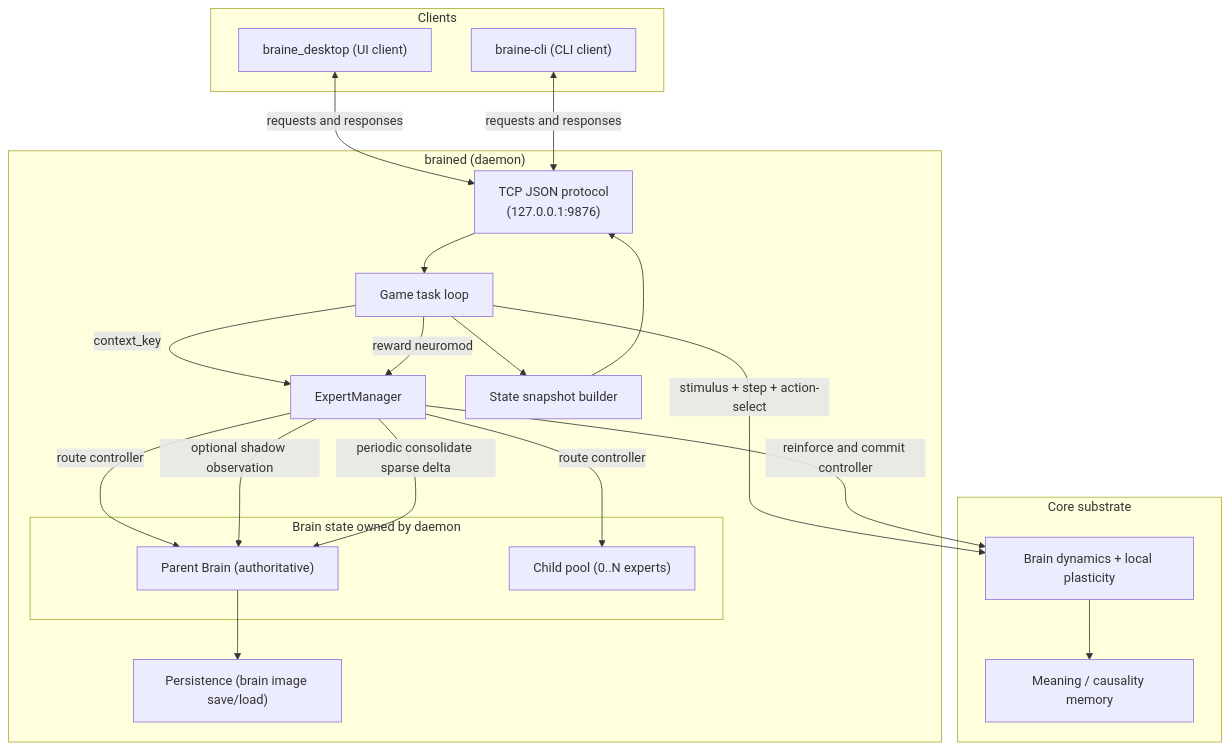
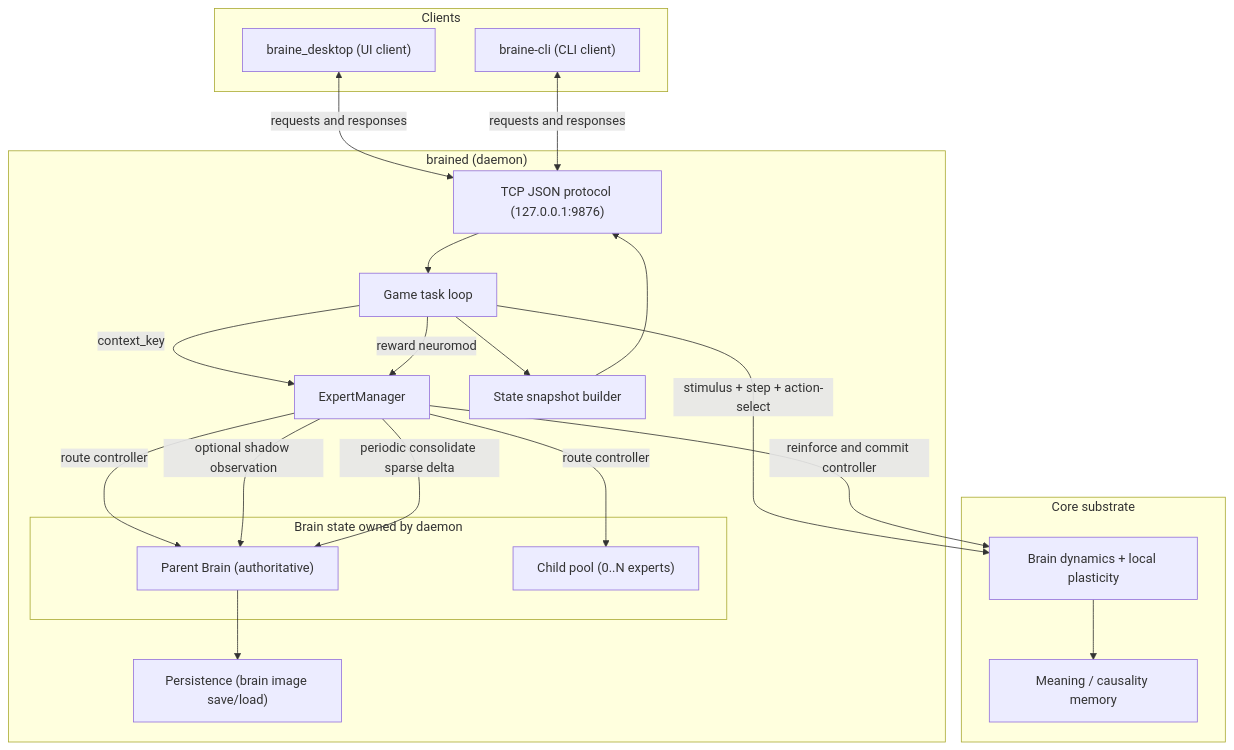
One commit to maplumi/braine changed the second of 5 diagrams in doc/architecture/architecture.md. Above: the diagram before and after it, drawn with Mermaid. The commit also changed 4 other files, not shown here.

Commit message:
docs/web: fix mermaid + embed replay sample

````diff
--- a/doc/architecture/architecture.md
+++ b/doc/architecture/architecture.md
@@ -98,47 +98,47 @@
 ```mermaid
 flowchart TD
 	subgraph Clients["Clients"]
 		UI["braine_desktop (UI client)"]
 		CLI["braine-cli (CLI client)"]
 	end
 
 	subgraph Daemon["brained (daemon)"]
-		TCP["TCP JSON protocol\n(127.0.0.1:9876)"]
+		TCP["TCP JSON protocol (127.0.0.1:9876)"]
 		Loop["Game task loop"]
 		EM["ExpertManager"]
 
 		subgraph Brains["Brain state owned by daemon"]
 			P["Parent Brain (authoritative)"]
 			C["Child pool (0..N experts)"]
 		end
 
 		Snap["State snapshot builder"]
 		Save["Persistence (brain image save/load)"]
 	end
 
 	subgraph Core["Core substrate"]
 		Brain["Brain dynamics + local plasticity"]
 		Meaning["Meaning / causality memory"]
 	end
 
 	UI <-->|"requests and responses"| TCP
 	CLI <-->|"requests and responses"| TCP
 
 	TCP --> Loop
 	Loop -->|"context_key"| EM
 	EM -->|"route controller"| P
 	EM -->|"route controller"| C
 
 	Loop -->|"stimulus + step + action-select"| Brain
 	Brain --> Meaning
 
 	Loop -->|"reward neuromod"| EM
 	EM -->|"reinforce and commit controller"| Brain
 	EM -->|"optional shadow observation"| P
 
 	EM -->|"periodic consolidate sparse delta"| P
 	P --> Save
 
 	Loop --> Snap
 	Snap --> TCP
 ```
````
